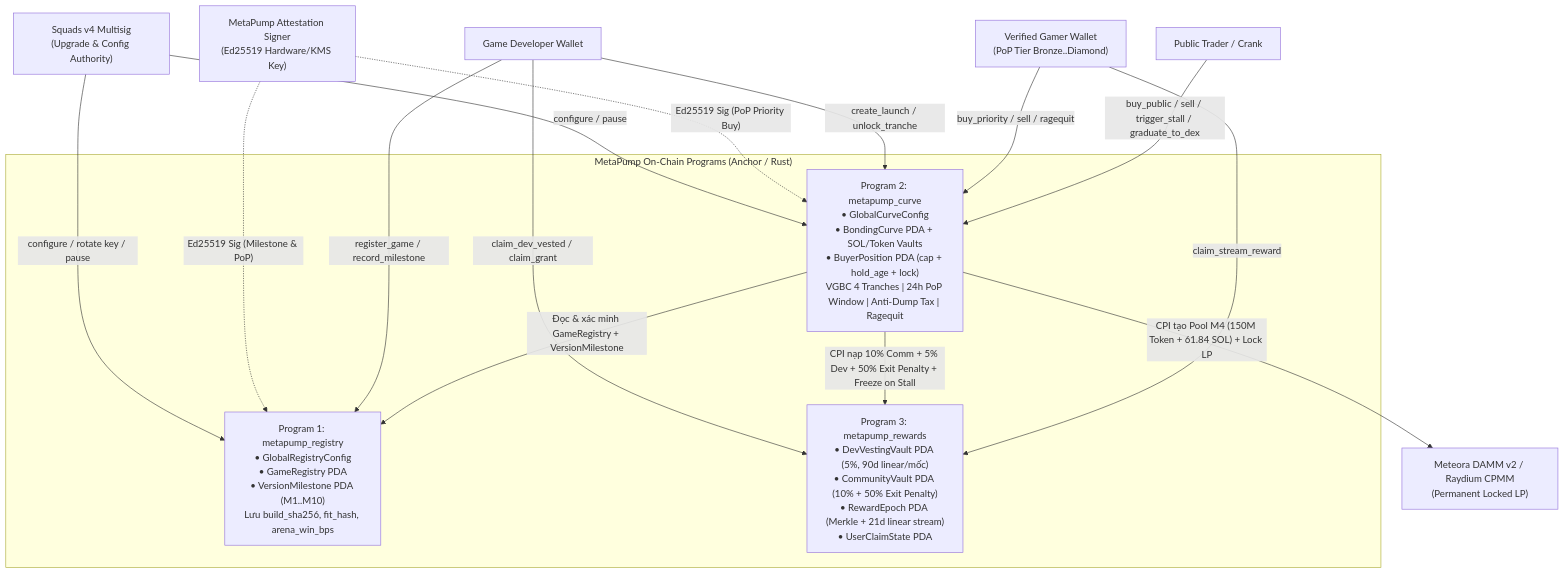
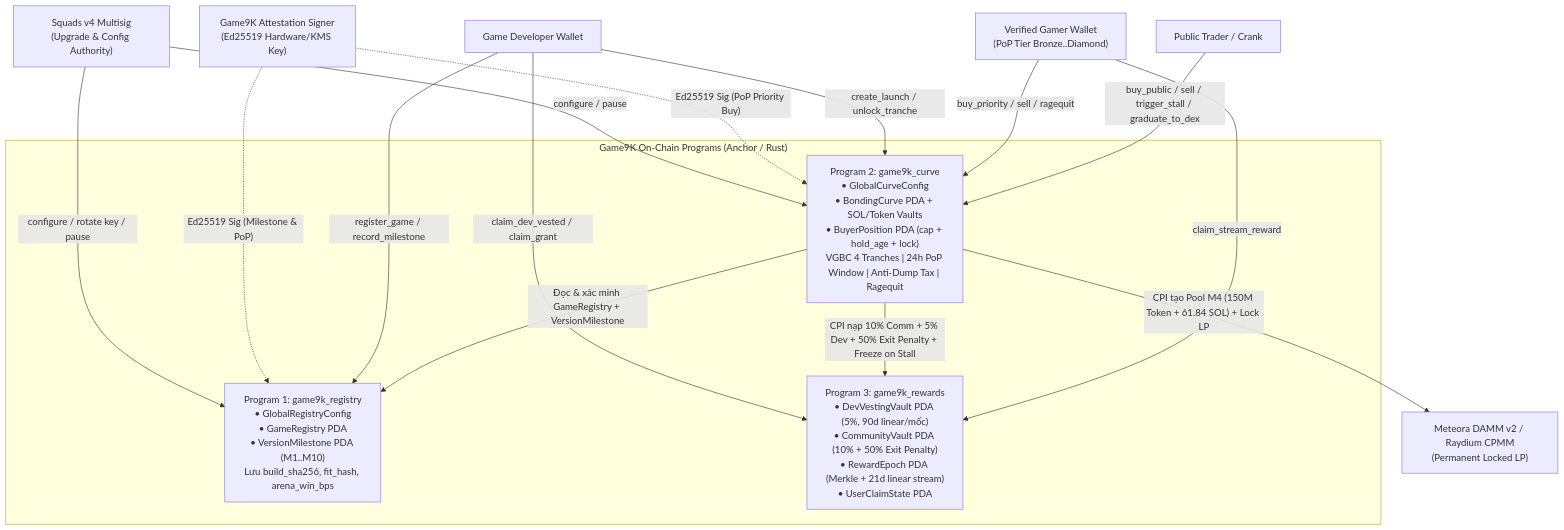
One commit to khanhlegood1/GameFun changed the diagram in docs/04-solana-smart-contracts.md. Above: the diagram before and after it, drawn with Mermaid. The commit also changed other lines of this file and 21 other files, not shown here.

````diff
--- a/docs/04-solana-smart-contracts.md
+++ b/docs/04-solana-smart-contracts.md
@@ -13,29 +13,29 @@
 ```mermaid
 flowchart TB
     Squads["Squads v4 Multisig<br/>(Upgrade & Config Authority)"]
-    Oracle["MetaPump Attestation Signer<br/>(Ed25519 Hardware/KMS Key)"]
+    Oracle["Game9K Attestation Signer<br/>(Ed25519 Hardware/KMS Key)"]
     Dev["Game Developer Wallet"]
     Gamer["Verified Gamer Wallet<br/>(PoP Tier Bronze..Diamond)"]
     Trader["Public Trader / Crank"]
     DEX["Meteora DAMM v2 / Raydium CPMM<br/>(Permanent Locked LP)"]
 
-    subgraph Solana["MetaPump On-Chain Programs (Anchor / Rust)"]
-        P1["Program 1: metapump_registry<br/>• GlobalRegistryConfig<br/>• GameRegistry PDA<br/>• VersionMilestone PDA (M1..M10)<br/>Lưu build_sha256, fit_hash, arena_win_bps"]
-        P2["Program 2: metapump_curve<br/>• GlobalCurveConfig<br/>• BondingCurve PDA + SOL/Token Vaults<br/>• BuyerPosition PDA (cap + hold_age + lock)<br/>VGBC 4 Tranches | 24h PoP Window | Anti-Dump Tax | Ragequit"]
-        P3["Program 3: metapump_rewards<br/>• DevVestingVault PDA (5%, 90d linear/mốc)<br/>• CommunityVault PDA (10% + 50% Exit Penalty)<br/>• RewardEpoch PDA (Merkle + 21d linear stream)<br/>• UserClaimState PDA"]
+    subgraph Solana["Game9K On-Chain Programs (Anchor / Rust)"]
+        P1["Program 1: game9k_registry<br/>• GlobalRegistryConfig<br/>• GameRegistry PDA<br/>• VersionMilestone PDA (M1..M10)<br/>Lưu build_sha256, fit_hash, arena_win_bps"]
+        P2["Program 2: game9k_curve<br/>• GlobalCurveConfig<br/>• BondingCurve PDA + SOL/Token Vaults<br/>• BuyerPosition PDA (cap + hold_age + lock)<br/>VGBC 4 Tranches | 24h PoP Window | Anti-Dump Tax | Ragequit"]
+        P3["Program 3: game9k_rewards<br/>• DevVestingVault PDA (5%, 90d linear/mốc)<br/>• CommunityVault PDA (10% + 50% Exit Penalty)<br/>• RewardEpoch PDA (Merkle + 21d linear stream)<br/>• UserClaimState PDA"]
     end
 
     Squads -->|"configure / rotate key / pause"| P1
     Squads -->|"configure / pause"| P2
     Oracle -.->|"Ed25519 Sig (Milestone & PoP)"| P1
     Oracle -.->|"Ed25519 Sig (PoP Priority Buy)"| P2
     Dev -->|"register_game / record_milestone"| P1
     Dev -->|"create_launch / unlock_tranche"| P2
     Dev -->|"claim_dev_vested / claim_grant"| P3
     P2 -->|"Đọc & xác minh GameRegistry + VersionMilestone"| P1
     P2 -->|"CPI nạp 10% Comm + 5% Dev + 50% Exit Penalty + Freeze on Stall"| P3
     Gamer -->|"buy_priority / sell / ragequit"| P2
     Gamer -->|"claim_stream_reward"| P3
     Trader -->|"buy_public / sell / trigger_stall / graduate_to_dex"| P2
     P2 -->|"CPI tạo Pool M4 (150M Token + 61.84 SOL) + Lock LP"| DEX
 ```
````
